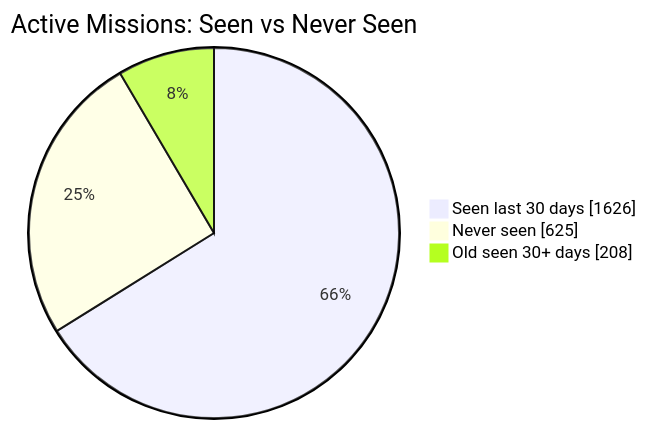
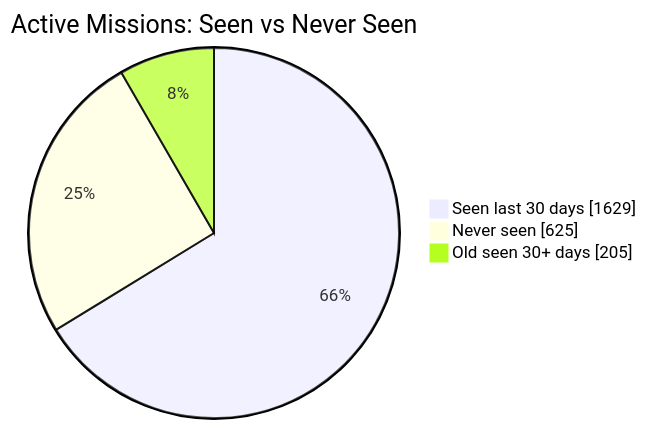
The first of 2 diagrams in README.md (MeldkamerspelGameTeam/active-missions), drawn with Mermaid before and after one commit. The commit also changed other lines of this file and 3 other files, not shown here.

````diff
--- a/README.md
+++ b/README.md
@@ -34,7 +34,7 @@
 ```mermaid
 pie showData
     title Active Missions: Seen vs Never Seen
-    "Seen last 30 days" : 1626
+    "Seen last 30 days" : 1629
     "Never seen" : 625
-    "Old seen 30+ days" : 208
+    "Old seen 30+ days" : 205
 ```
````
